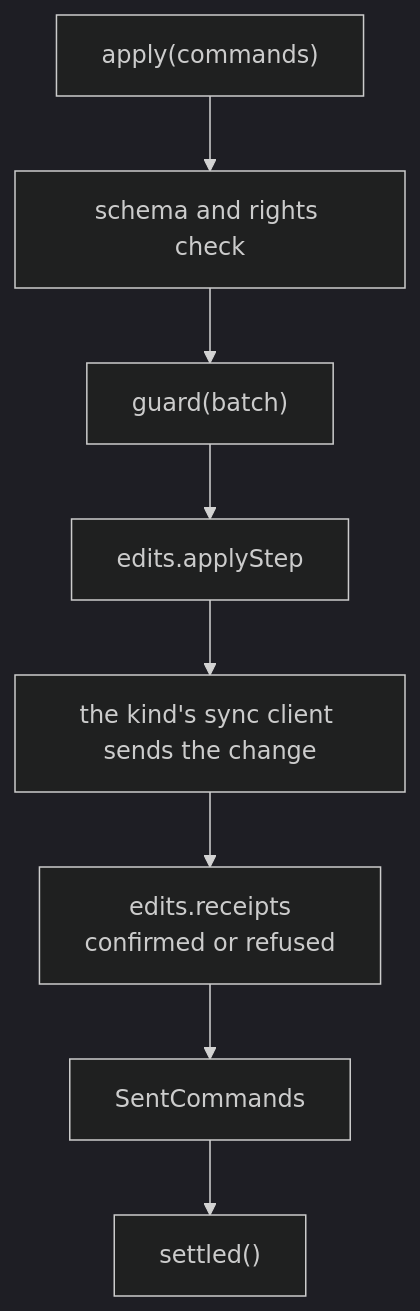
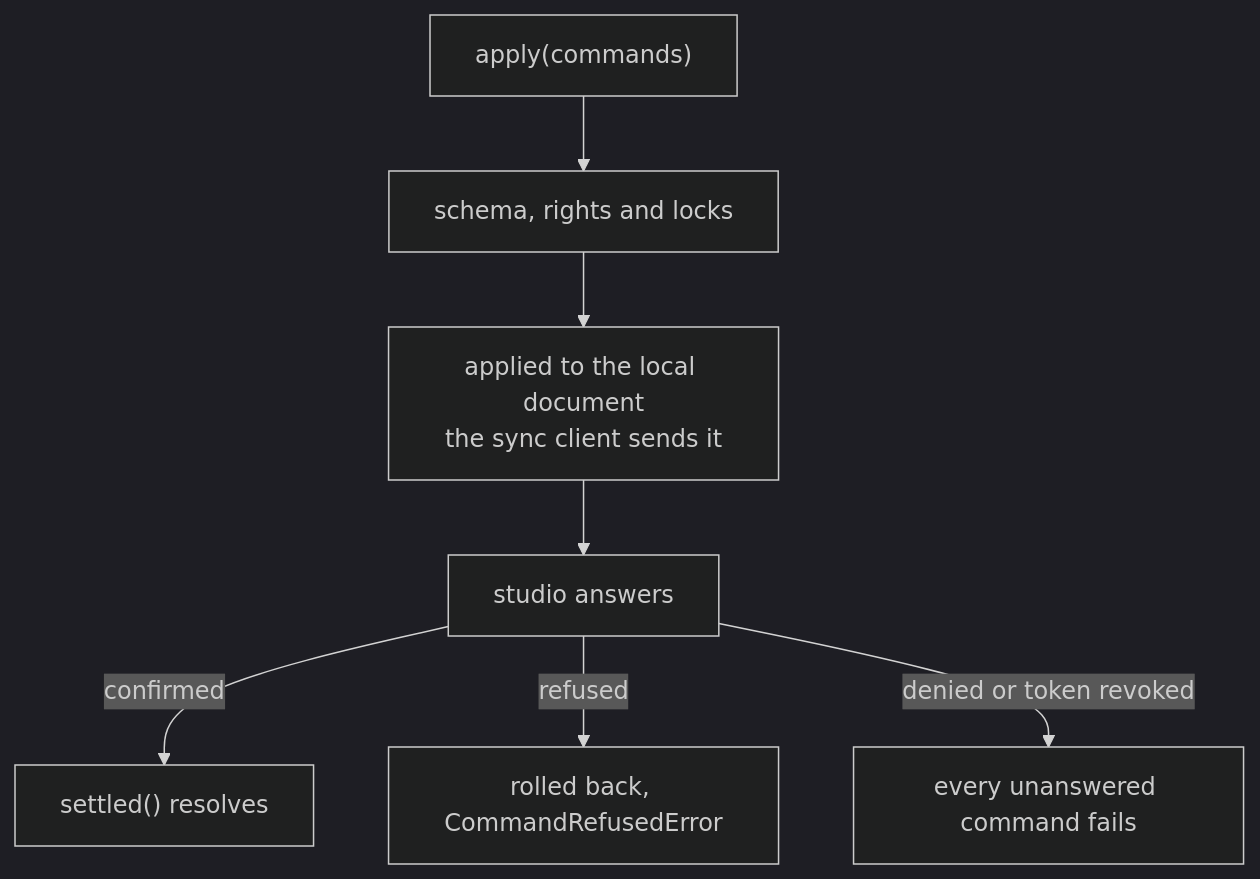
The third of 6 diagrams in packages/golem/ARCHITECTURE.md (JollyPixel/editor), drawn with Mermaid (dark theme) before and after one commit. The commit also changed other lines of this file and 11 other files, not shown here.

Commit message:
chore: rework golem READMEs & ARCHITECTURE

````diff
--- a/packages/golem/ARCHITECTURE.md
+++ b/packages/golem/ARCHITECTURE.md
@@ -22,10 +36,9 @@
 ```mermaid
 flowchart TB
-  Apply["apply(commands)"] --> Check["schema and rights check"]
-  Check --> Guard["guard(batch)"]
-  Guard --> Step["edits.applyStep"]
-  Step --> Sync["the kind's sync client sends the change"]
-  Sync --> Receipts["edits.receipts<br/>confirmed or refused"]
-  Receipts --> Sent["SentCommands"]
-  Sent --> Settled["settled()"]
+  Apply["apply(commands)"] --> Check["schema, rights and locks"]
+  Check --> Local["applied to the local document<br/>the sync client sends it"]
+  Local --> Answer["studio answers"]
+  Answer -->|"confirmed"| Settled["settled() resolves"]
+  Answer -->|"refused"| Refused["rolled back, CommandRefusedError"]
+  Answer -->|"denied or token revoked"| Failed["every unanswered command fails"]
 ```
````
